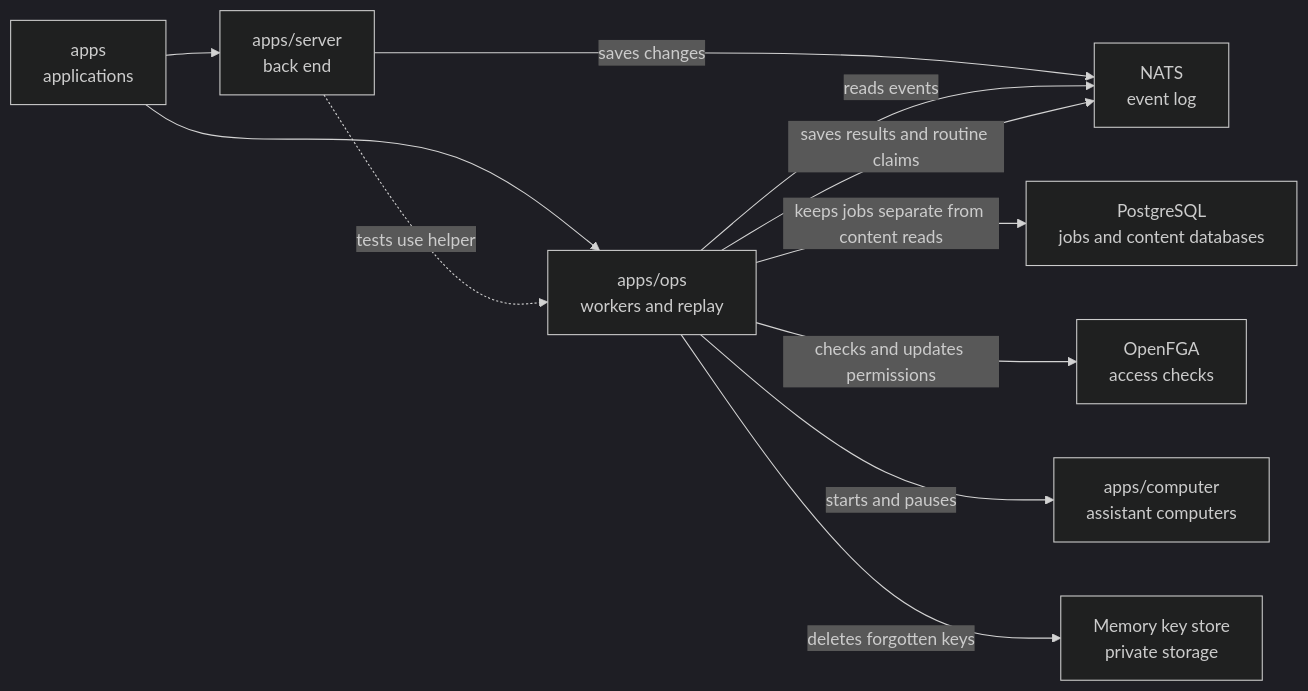
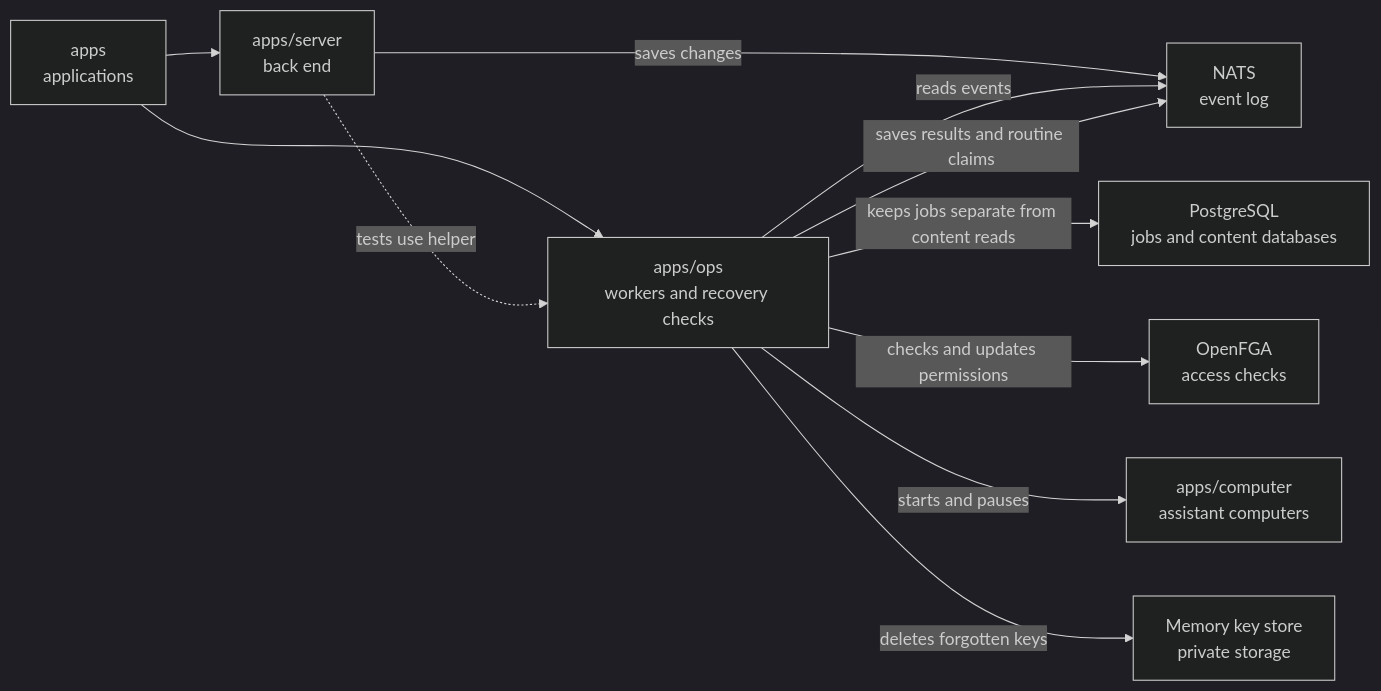
Before and after one commit to elewa-git/opencrane-new: the diagram in apps/ops/README.md, drawn with Mermaid (dark theme). The commit also changed other lines of this file and 8 other files, not shown here.

````diff
--- a/apps/ops/README.md
+++ b/apps/ops/README.md
@@ -17,13 +17,13 @@
 ```mermaid
 flowchart LR
-  apps["apps<br/>applications"] --> ops["apps/ops<br/>workers and replay"]
+  apps["apps<br/>applications"] --> ops["apps/ops<br/>workers and recovery checks"]
   apps --> server["apps/server<br/>back end"]
   server -.->|tests use helper| ops
   server -->|saves changes| nats["NATS<br/>event log"]
   ops -->|reads events| nats
   ops -->|saves results and routine claims| nats
   ops -->|keeps jobs separate from content reads| pg["PostgreSQL<br/>jobs and content databases"]
   ops -->|checks and updates permissions| fga["OpenFGA<br/>access checks"]
   ops -->|starts and pauses| computer["apps/computer<br/>assistant computers"]
   ops -->|deletes forgotten keys| keys["Memory key store<br/>private storage"]
 ```
````
